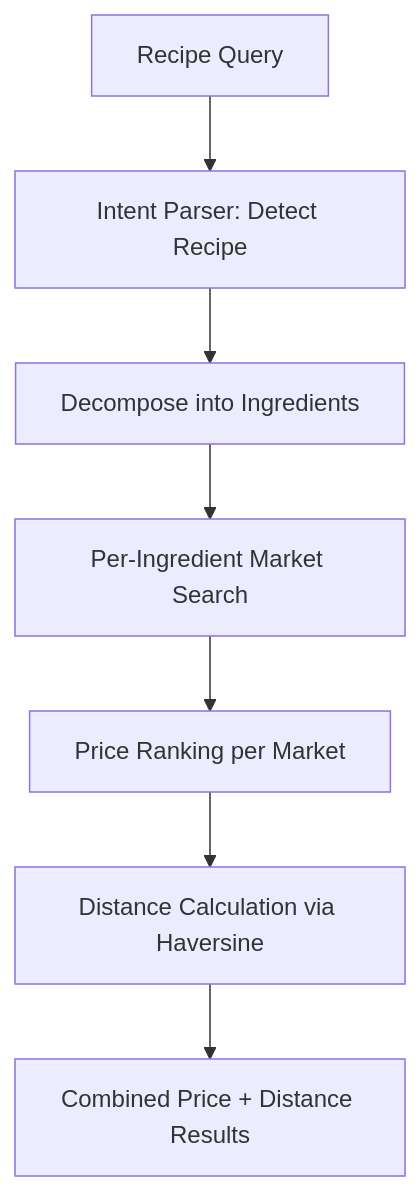
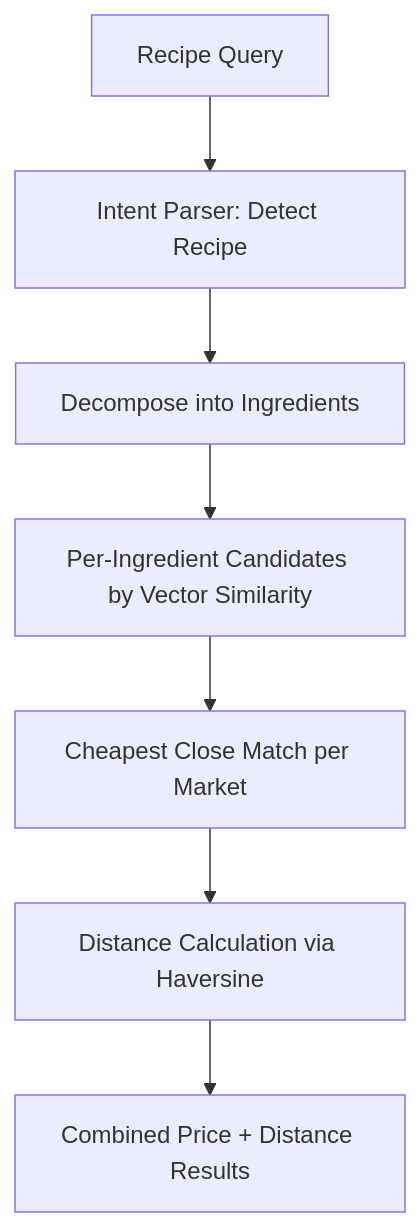
The second of 2 diagrams in apps/docs/backend/modules/search.md (martintrifunov/obrok), drawn with Mermaid before and after one commit. The commit also changed other lines of this file and 6 other files, not shown here.

Commit message:
feat(search): price meal ingredients by closest match and group stores by chain

````diff
--- a/apps/docs/backend/modules/search.md
+++ b/apps/docs/backend/modules/search.md
@@ -61,9 +61,9 @@
 ```mermaid
 flowchart TD
     A[Recipe Query] --> B[Intent Parser: Detect Recipe]
     B --> C[Decompose into Ingredients]
-    C --> D[Per-Ingredient Market Search]
-    D --> E[Price Ranking per Market]
+    C --> D[Per-Ingredient Candidates by Vector Similarity]
+    D --> E[Cheapest Close Match per Market]
     E --> F[Distance Calculation via Haversine]
     F --> G[Combined Price + Distance Results]
 ```
````
